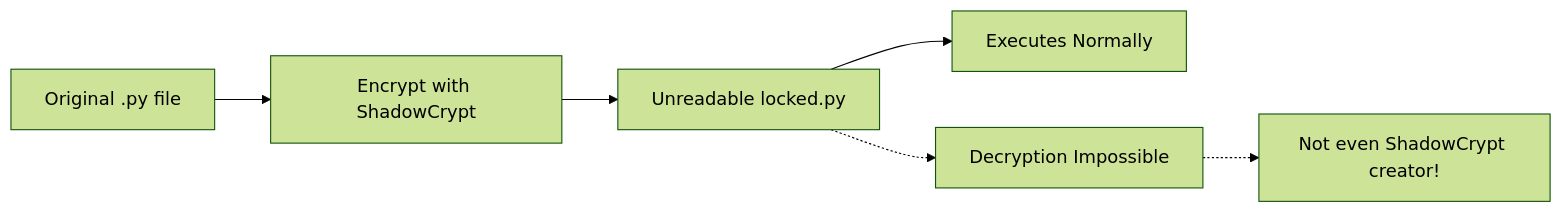
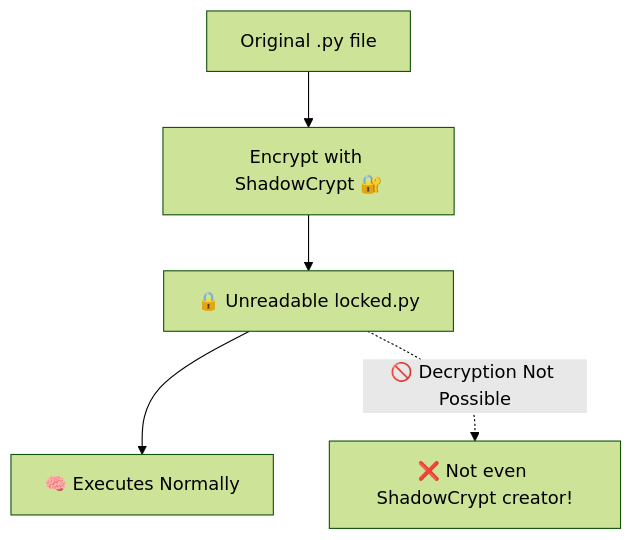
The diagram in README.md (AFTeam-Owner/shadowcrypt), drawn with Mermaid (forest theme) before and after one commit. The commit also changed other lines of this file, not shown here.

````diff
--- a/README.md
+++ b/README.md
@@ -89,8 +27,7 @@
 ```mermaid
-graph LR
-    A[Original .py file] --> B[Encrypt with ShadowCrypt]
-    B --> C[Unreadable locked.py]
-    C --> D[Executes Normally]
-    C -.-> X[Decryption Impossible]
-    X -.-> Y[Not even ShadowCrypt creator!]
+graph TD
+    A[Original .py file] --> B[Encrypt with ShadowCrypt 🔐]
+    B --> C[🔒 Unreadable locked.py]
+    C --> D[🧠 Executes Normally]
+    C -. 🚫 Decryption Not Possible .-> X[❌ Not even ShadowCrypt creator!]
 ```
````
